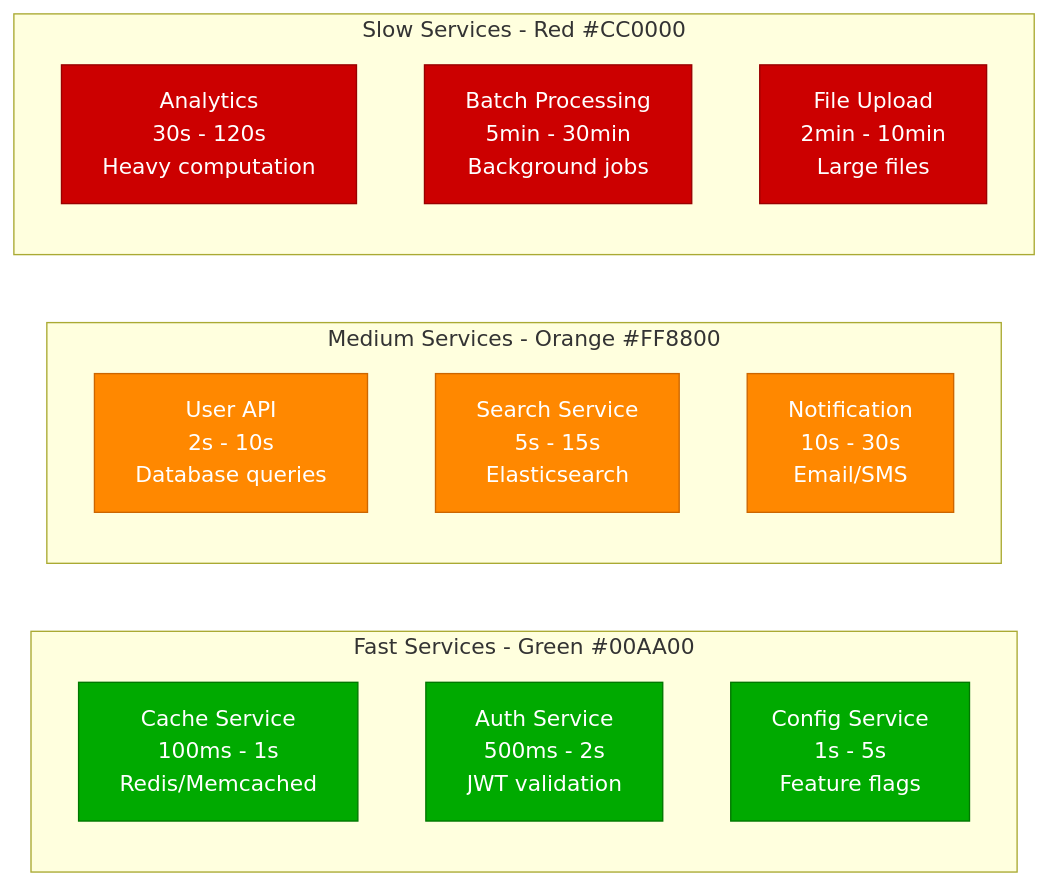
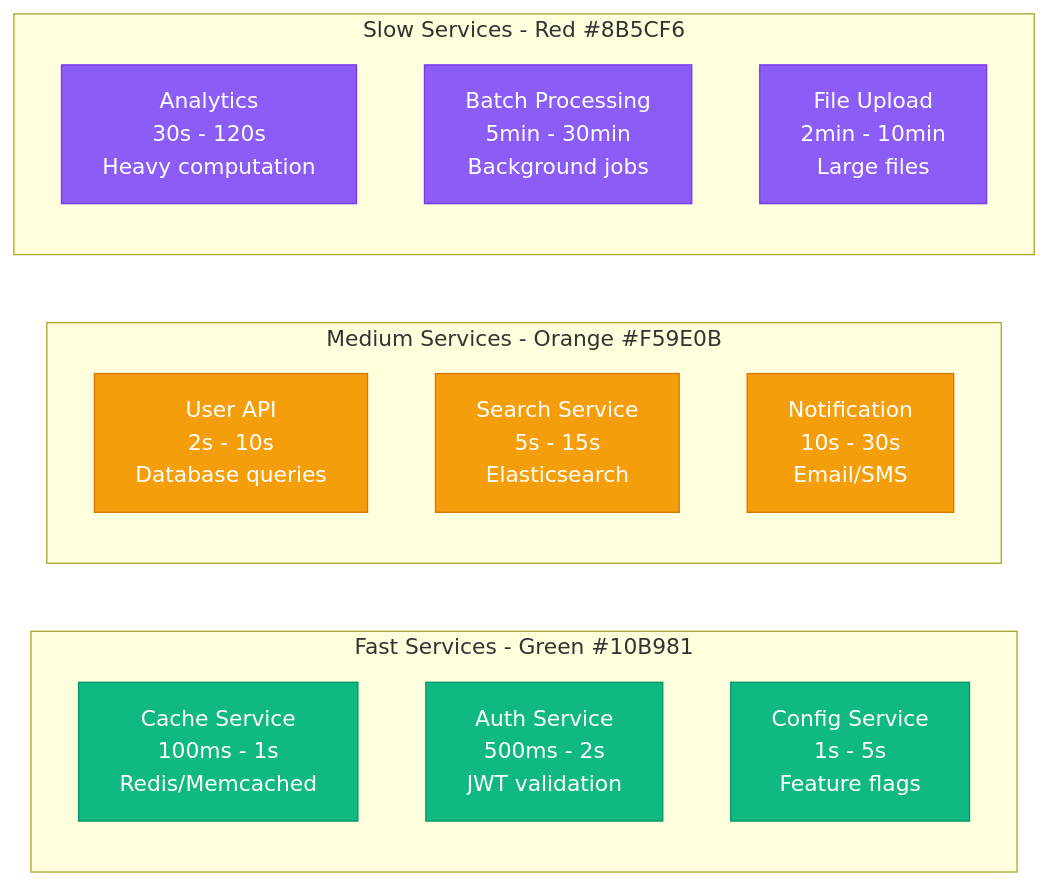
One commit to deepaucksharma/DS changed the third of 3 diagrams in site/docs/debugging/microservice-timeout-chains-debugging.md. Above: the diagram before and after it, drawn with Mermaid. The commit also changed other lines of this file and 187 other files, not shown here.

````diff
--- a/site/docs/debugging/microservice-timeout-chains-debugging.md
+++ b/site/docs/debugging/microservice-timeout-chains-debugging.md
@@ -175,28 +175,28 @@
 ```mermaid
 graph LR
-    subgraph FastServices[Fast Services - Green #00AA00]
+    subgraph FastServices[Fast Services - Green #10B981]
         CACHE[Cache Service<br/>100ms - 1s<br/>Redis/Memcached]
         AUTH[Auth Service<br/>500ms - 2s<br/>JWT validation]
         CONFIG[Config Service<br/>1s - 5s<br/>Feature flags]
     end
 
-    subgraph MediumServices[Medium Services - Orange #FF8800]
+    subgraph MediumServices[Medium Services - Orange #F59E0B]
         USER_API[User API<br/>2s - 10s<br/>Database queries]
         SEARCH[Search Service<br/>5s - 15s<br/>Elasticsearch]
         NOTIFICATION[Notification<br/>10s - 30s<br/>Email/SMS]
     end
 
-    subgraph SlowServices[Slow Services - Red #CC0000]
+    subgraph SlowServices[Slow Services - Red #8B5CF6]
         ANALYTICS[Analytics<br/>30s - 120s<br/>Heavy computation]
         BATCH_PROCESS[Batch Processing<br/>5min - 30min<br/>Background jobs]
         FILE_UPLOAD[File Upload<br/>2min - 10min<br/>Large files]
     end
 
-    classDef fastStyle fill:#00AA00,stroke:#007700,color:#fff
-    classDef mediumStyle fill:#FF8800,stroke:#CC6600,color:#fff
-    classDef slowStyle fill:#CC0000,stroke:#990000,color:#fff
+    classDef fastStyle fill:#10B981,stroke:#059669,color:#fff
+    classDef mediumStyle fill:#F59E0B,stroke:#D97706,color:#fff
+    classDef slowStyle fill:#8B5CF6,stroke:#7C3AED,color:#fff
 
     class CACHE,AUTH,CONFIG fastStyle
     class USER_API,SEARCH,NOTIFICATION mediumStyle
     class ANALYTICS,BATCH_PROCESS,FILE_UPLOAD slowStyle
 ```
````
